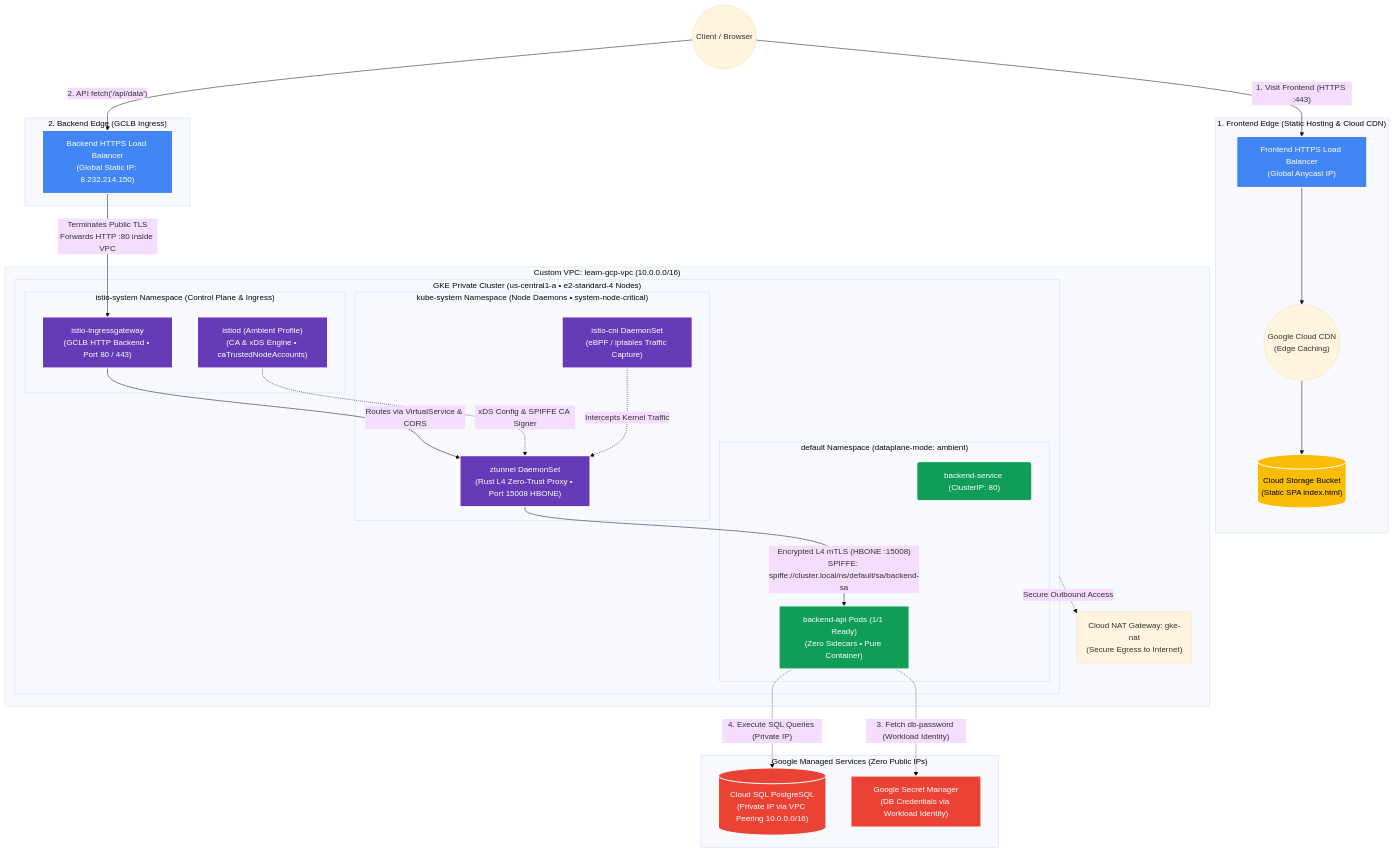
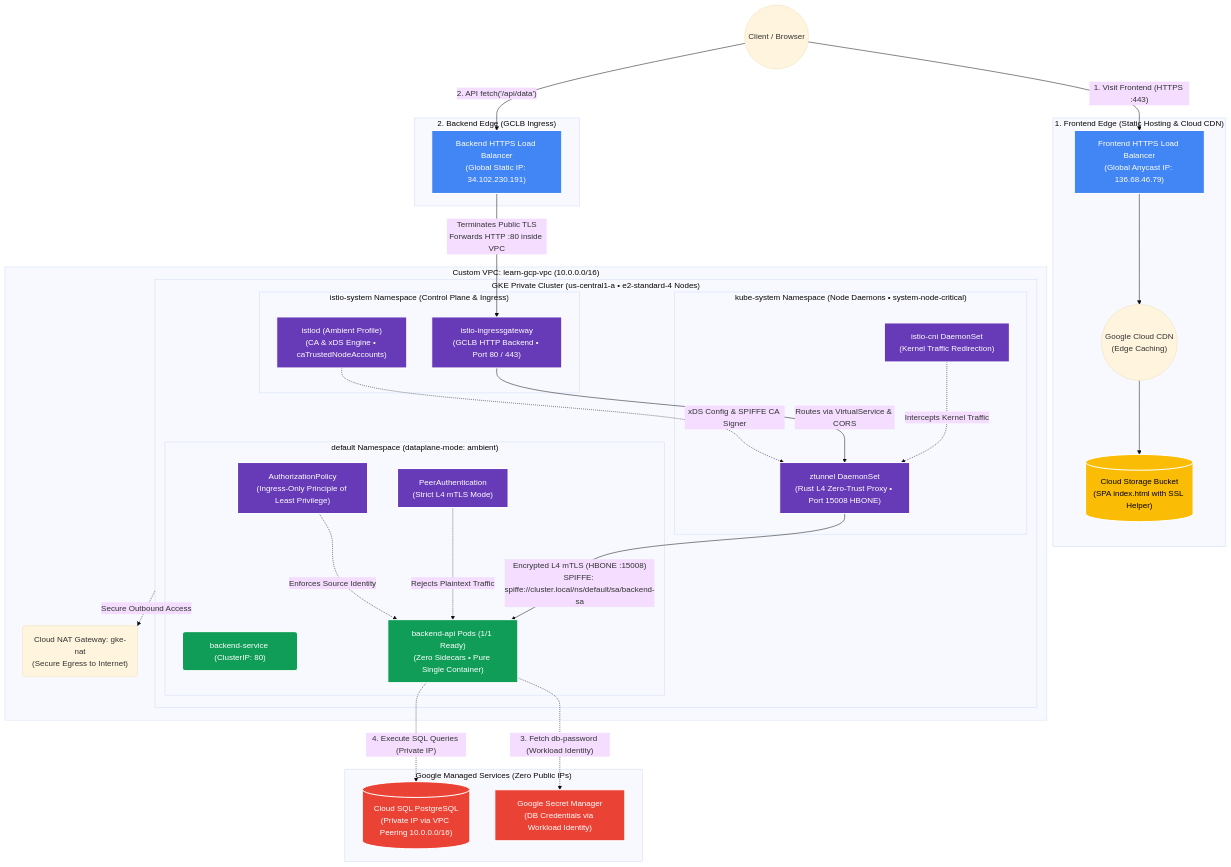
The first of 2 diagrams in README.md (chaitanya-sharmaa/gcp), drawn with Mermaid (base theme) before and after one commit. The commit also changed other lines of this file and 5 other files, not shown here.

Commit message:
feat: complete ambient mesh zero-trust policies, CORS fix, updated docs & e2e tests

```diff
--- a/README.md
+++ b/README.md
@@ -11,13 +11,13 @@
     User((Client / Browser))
 
     subgraph FrontendEdge ["1. Frontend Edge (Static Hosting & Cloud CDN)"]
-        FLB["Frontend HTTPS Load Balancer<br/>(Global Anycast IP)"]
+        FLB["Frontend HTTPS Load Balancer<br/>(Global Anycast IP: 136.68.46.79)"]
         CDN(("Google Cloud CDN<br/>(Edge Caching)"))
-        Bucket[("Cloud Storage Bucket<br/>(Static SPA index.html)")]
+        Bucket[("Cloud Storage Bucket<br/>(SPA index.html with SSL Helper)")]
     end
 
     subgraph BackendEdge ["2. Backend Edge (GCLB Ingress)"]
-        BLB["Backend HTTPS Load Balancer<br/>(Global Static IP: 8.232.214.150)"]
+        BLB["Backend HTTPS Load Balancer<br/>(Global Static IP: 34.102.230.191)"]
     end
 
     subgraph VPC ["Custom VPC: learn-gcp-vpc (10.0.0.0/16)"]
@@ -26,7 +26,7 @@
         subgraph GKE ["GKE Private Cluster (us-central1-a • e2-standard-4 Nodes)"]
             
             subgraph KubeSystem ["kube-system Namespace (Node Daemons • system-node-critical)"]
-                CNI["istio-cni DaemonSet<br/>(eBPF / iptables Traffic Capture)"]
+                CNI["istio-cni DaemonSet<br/>(Kernel Traffic Redirection)"]
                 ZTunnel["ztunnel DaemonSet<br/>(Rust L4 Zero-Trust Proxy • Port 15008 HBONE)"]
             end
 
@@ -36,8 +36,10 @@
             end
 
             subgraph DefaultNS ["default Namespace (dataplane-mode: ambient)"]
+                AuthPolicy["AuthorizationPolicy<br/>(Ingress-Only Principle of Least Privilege)"]
+                PeerAuth["PeerAuthentication<br/>(Strict L4 mTLS Mode)"]
                 Service("backend-service (ClusterIP: 80)")
-                Pods["backend-api Pods (1/1 Ready)<br/>(Zero Sidecars • Pure Container)"]
+                Pods["backend-api Pods (1/1 Ready)<br/>(Zero Sidecars • Pure Single Container)"]
             end
 
         end
@@ -59,6 +61,10 @@
     Gateway -- "Routes via VirtualService & CORS" --> ZTunnel
     ZTunnel -- "Encrypted L4 mTLS (HBONE :15008)<br/>SPIFFE: spiffe://cluster.local/ns/default/sa/backend-sa" --> Pods
 
+    %% Zero Trust Enforcements
+    AuthPolicy -. "Enforces Source Identity" .-> Pods
+    PeerAuth -. "Rejects Plaintext Traffic" .-> Pods
+
     %% Control Plane & Node Daemon Orchestration
     Istiod -. "xDS Config & SPIFFE CA Signer" .-> ZTunnel
     CNI -. "Intercepts Kernel Traffic" .-> ZTunnel
@@ -78,7 +84,7 @@
     classDef storage fill:#FBBC05,stroke:#fff,stroke-width:2px,color:#000;
     
     class FLB,BLB edge;
-    class Istiod,Gateway,ZTunnel,CNI mesh;
+    class Istiod,Gateway,ZTunnel,CNI,AuthPolicy,PeerAuth mesh;
     class Pods,Service compute;
     class DB,SM db;
     class Bucket storage;
```
